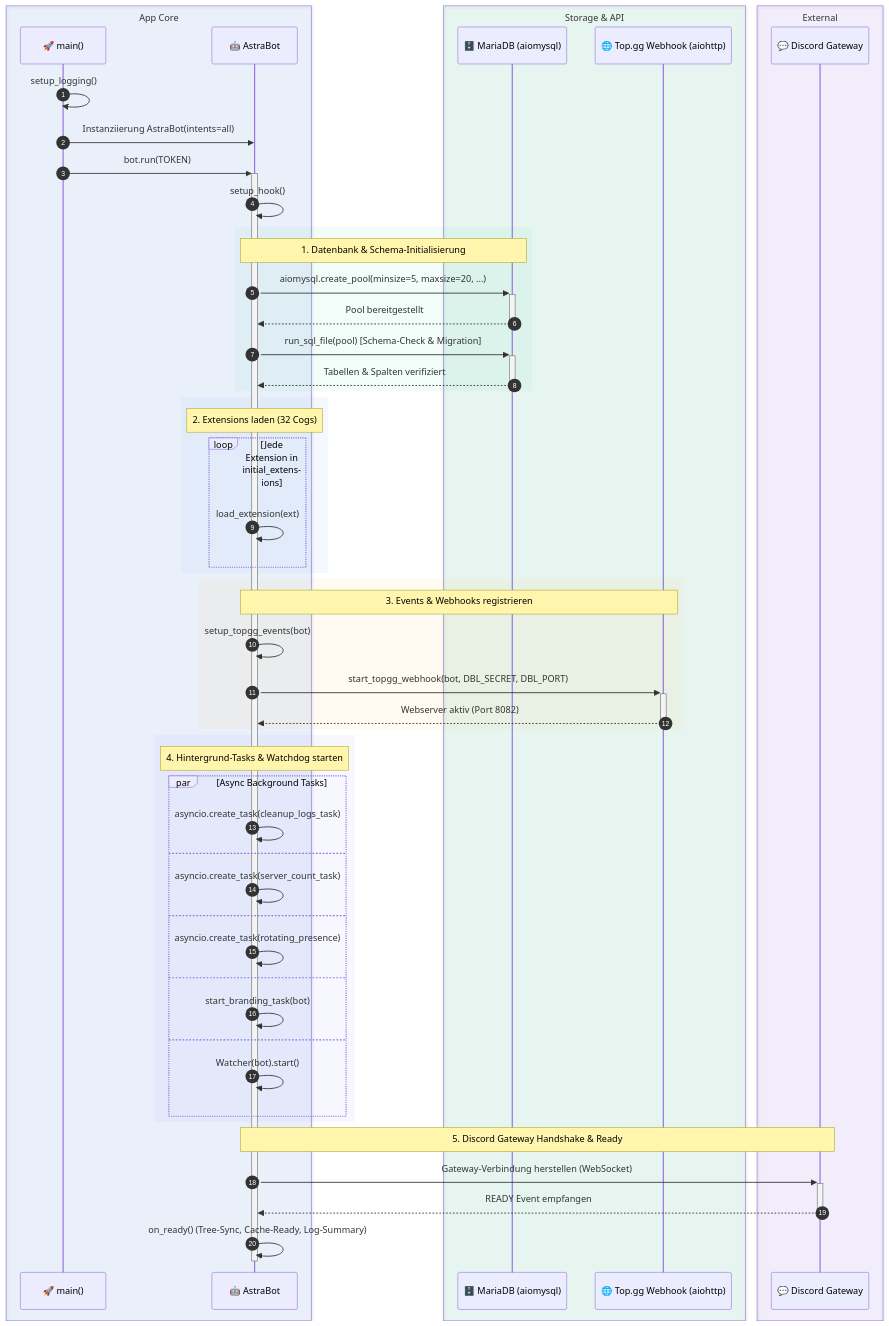
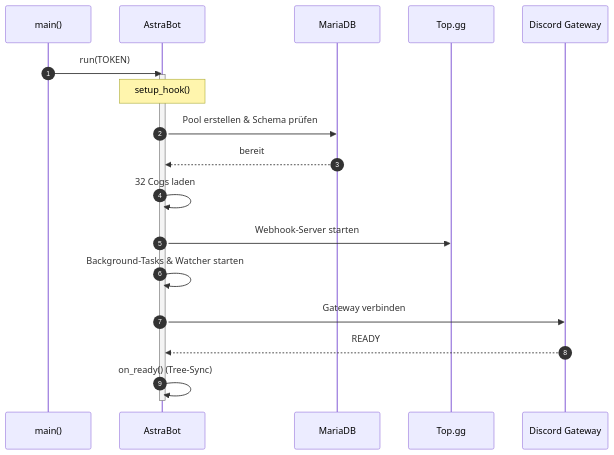
One commit to Philu2005/Astra changed the first of 4 diagrams in docs/ARCHITECTURE.md. Above: the diagram before and after it, drawn with Mermaid.

````diff
--- a/docs/ARCHITECTURE.md
+++ b/docs/ARCHITECTURE.md
@@ -159,70 +159,22 @@
 ```mermaid
 sequenceDiagram
     autonumber
+    participant Main as main()
+    participant Bot as AstraBot
+    participant DB as MariaDB
+    participant Webhook as Top.gg
+    participant Discord as Discord Gateway
 
-    box rgba(59, 130, 246, 0.08) App Core
-        participant Main as 🚀 main()
-        participant Bot as 🤖 AstraBot
-    end
-
-    box rgba(16, 185, 129, 0.08) Storage & API
-        participant DB as 🗄️ MariaDB (aiomysql)
-        participant Webhook as 🌐 Top.gg Webhook (aiohttp)
-    end
-
-    box rgba(139, 92, 246, 0.08) External
-        participant Discord as 💬 Discord Gateway
-    end
-
-    %% 1. Bootstrap
-    Main->>Main: setup_logging()
-    Main->>Bot: Instanziierung AstraBot(intents=all)
-    Main->>+Bot: bot.run(TOKEN)
-
-    %% 2. Setup Hook
-    Bot->>Bot: setup_hook()
-    
-    rect rgba(16, 185, 129, 0.05)
-        Note over Bot,DB: 1. Datenbank & Schema-Initialisierung
-        Bot->>+DB: aiomysql.create_pool(minsize=5, maxsize=20, ...)
-        DB-->>-Bot: Pool bereitgestellt
-        Bot->>+DB: run_sql_file(pool) [Schema-Check & Migration]
-        DB-->>-Bot: Tabellen & Spalten verifiziert
-    end
-
-    rect rgba(59, 130, 246, 0.05)
-        Note over Bot: 2. Extensions laden (32 Cogs)
-        loop Jede Extension in initial_extensions
-            Bot->>Bot: load_extension(ext)
-        end
-    end
-
-    rect rgba(245, 158, 11, 0.05)
-        Note over Bot,Webhook: 3. Events & Webhooks registrieren
-        Bot->>Bot: setup_topgg_events(bot)
-        Bot->>+Webhook: start_topgg_webhook(bot, DBL_SECRET, DBL_PORT)
-        Webhook-->>-Bot: Webserver aktiv (Port 8082)
-    end
-
-    rect rgba(99, 102, 241, 0.05)
-        Note over Bot: 4. Hintergrund-Tasks & Watchdog starten
-        par Async Background Tasks
-            Bot->>Bot: asyncio.create_task(cleanup_logs_task)
-        and
-            Bot->>Bot: asyncio.create_task(server_count_task)
-        and
-            Bot->>Bot: asyncio.create_task(rotating_presence)
-        and
-            Bot->>Bot: start_branding_task(bot)
-        and
-            Bot->>Bot: Watcher(bot).start()
-        end
-    end
-
-    %% 3. Gateway Connect & Ready
-    Note over Bot,Discord: 5. Discord Gateway Handshake & Ready
-    Bot->>+Discord: Gateway-Verbindung herstellen (WebSocket)
-    Discord-->>-Bot: READY Event empfangen
-    Bot->>Bot: on_ready() (Tree-Sync, Cache-Ready, Log-Summary)
+    Main->>Bot: run(TOKEN)
+    activate Bot
+    Note over Bot: setup_hook()
+    Bot->>DB: Pool erstellen & Schema prüfen
+    DB-->>Bot: bereit
+    Bot->>Bot: 32 Cogs laden
+    Bot->>Webhook: Webhook-Server starten
+    Bot->>Bot: Background-Tasks & Watcher starten
+    Bot->>Discord: Gateway verbinden
+    Discord-->>Bot: READY
+    Bot->>Bot: on_ready() (Tree-Sync)
     deactivate Bot
 ```
````
